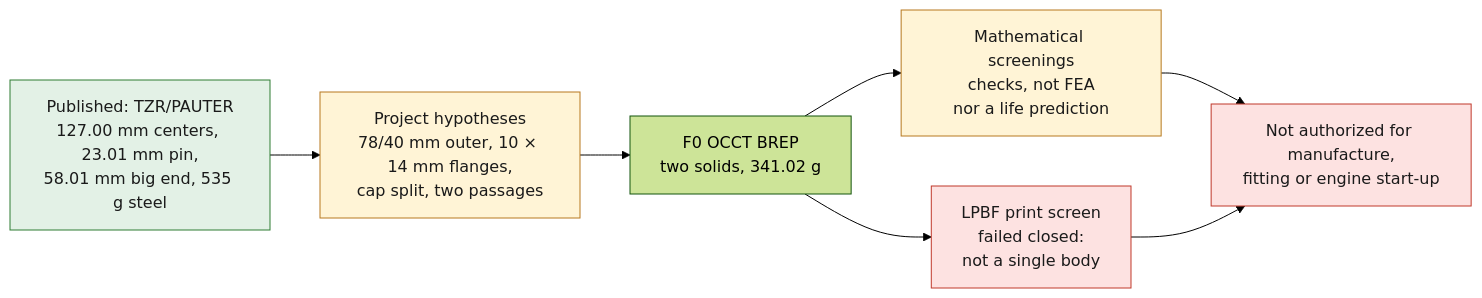
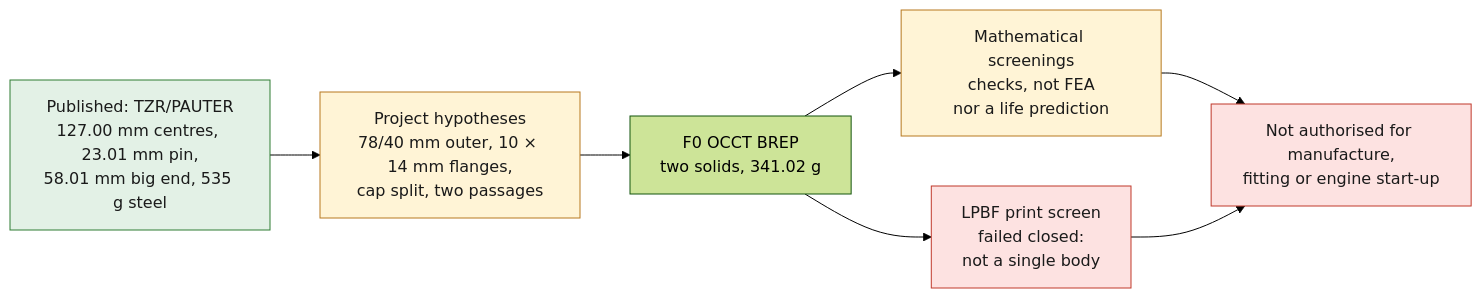
Before and after one commit to cluster2600/porscheparts: the diagram in docs/993/993_CONNECTING_ROD_TI64_F0.md, drawn with Mermaid (forest theme). The commit also changed other lines of this file and 480 other files, not shown here.

````diff
--- a/docs/993/993_CONNECTING_ROD_TI64_F0.md
+++ b/docs/993/993_CONNECTING_ROD_TI64_F0.md
@@ -16,15 +16,15 @@
 ```mermaid
 flowchart LR
-  S["Published: TZR/PAUTER<br/>127.00 mm centers, 23.01 mm pin,<br/>58.01 mm big end, 535 g steel"] --> H["Project hypotheses<br/>78/40 mm outer, 10 × 14 mm flanges,<br/>cap split, two passages"]
+  S["Published: TZR/PAUTER<br/>127.00 mm centres, 23.01 mm pin,<br/>58.01 mm big end, 535 g steel"] --> H["Project hypotheses<br/>78/40 mm outer, 10 × 14 mm flanges,<br/>cap split, two passages"]
   H --> G["F0 OCCT BREP<br/>two solids, 341.02 g"]
   G --> M["Mathematical screenings<br/>checks, not FEA<br/>nor a life prediction"]
   G --> P["LPBF print screen<br/>failed closed:<br/>not a single body"]
-  M --> V["Not authorized for manufacture,<br/>fitting or engine start-up"]
+  M --> V["Not authorised for manufacture,<br/>fitting or engine start-up"]
   P --> V
   class S ok
   class H,M open
   class P,V stop
   classDef stop fill:#fde2e1,stroke:#c0392b,color:#1a1a1a;
   classDef ok fill:#e3f1e6,stroke:#2e7d32,color:#1a1a1a;
   classDef open fill:#fff4d6,stroke:#b7791f,color:#1a1a1a;
 ```
````
